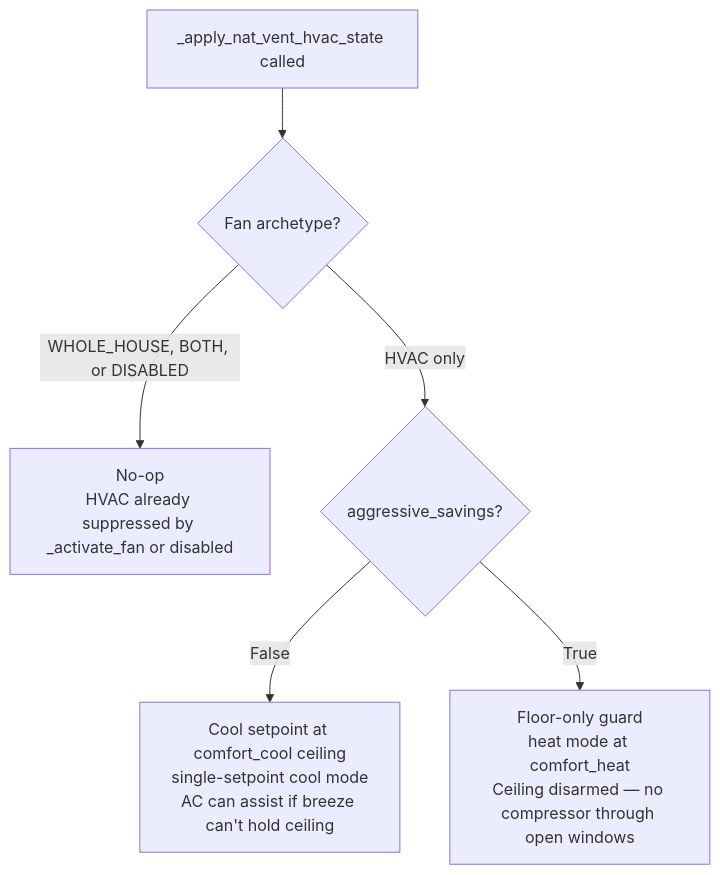
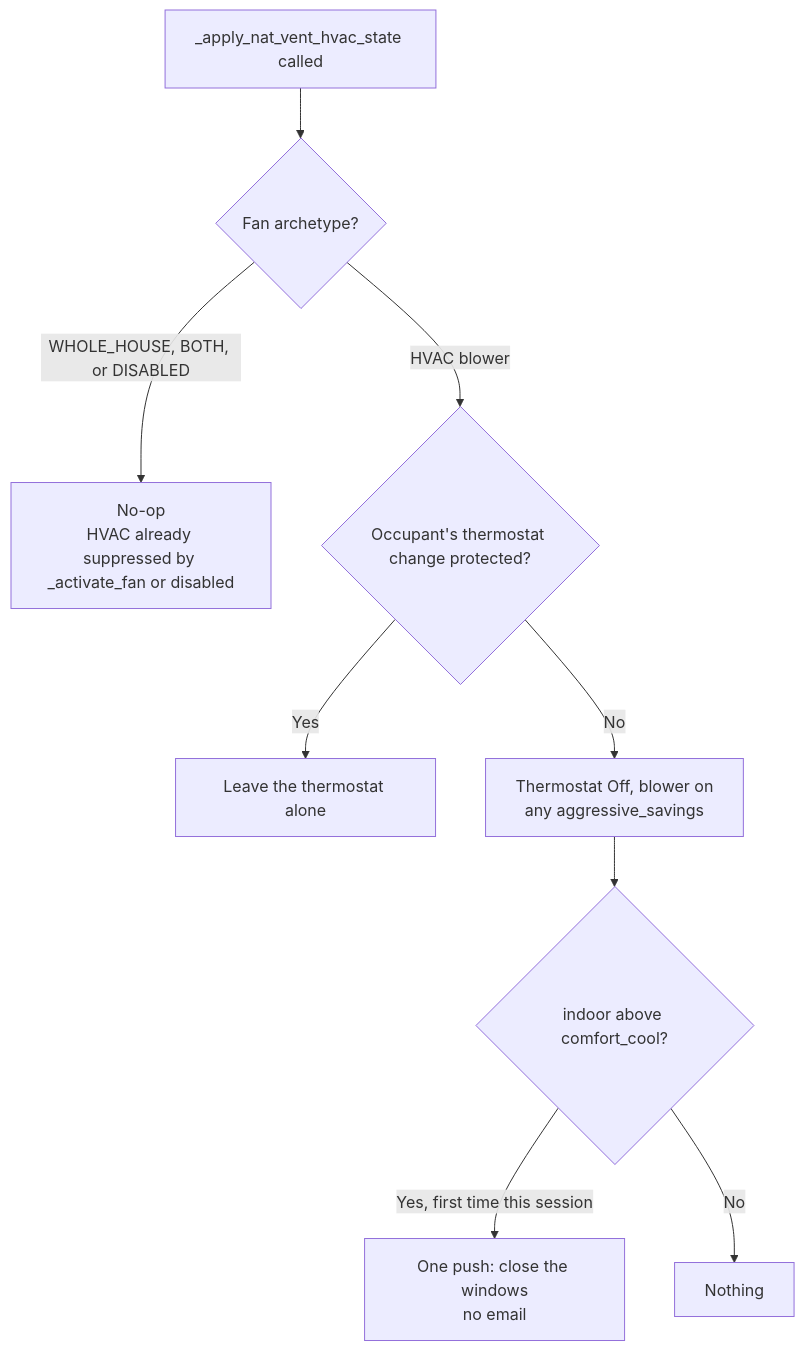
Before and after one commit to gunkl/ClimateAdvisor: diagram 16 of 22 in docs/07-AUTOMATION-FLOWCHART.md, drawn with Mermaid. The commit also changed other lines of this file and 18 other files, not shown here.

First line of the commit message:
Fix #1142 step 6: the grace pre-check and the start read one nat-vent answer; the handler runs door_window_open_response's real chain (D3)

````diff
--- a/docs/07-AUTOMATION-FLOWCHART.md
+++ b/docs/07-AUTOMATION-FLOWCHART.md
@@ -555,8 +555,11 @@
 ```mermaid
 flowchart TD
     A[_apply_nat_vent_hvac_state called] --> B{Fan archetype?}
     B -->|WHOLE_HOUSE, BOTH, or DISABLED| C[No-op\nHVAC already suppressed by _activate_fan or disabled]
-    B -->|HVAC only| D{aggressive_savings?}
-    D -->|False| E[Cool setpoint at comfort_cool ceiling\nsingle-setpoint cool mode\nAC can assist if breeze can't hold ceiling]
-    D -->|True| F[Floor-only guard\nheat mode at comfort_heat\nCeiling disarmed — no compressor through open windows]
+    B -->|HVAC blower| P{Occupant's thermostat change protected?}
+    P -->|Yes| Q[Leave the thermostat alone]
+    P -->|No| R[Thermostat Off, blower on\nany aggressive_savings]
+    R --> W{indoor above comfort_cool?}
+    W -->|Yes, first time this session| X[One push: close the windows\nno email]
+    W -->|No| Y[Nothing]
 ```
````
